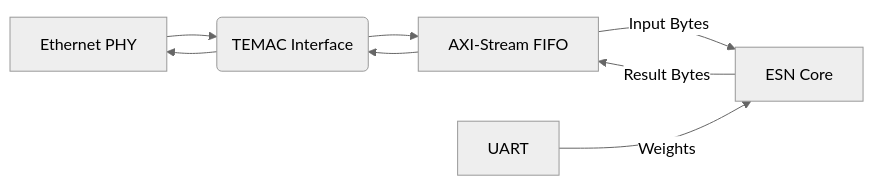
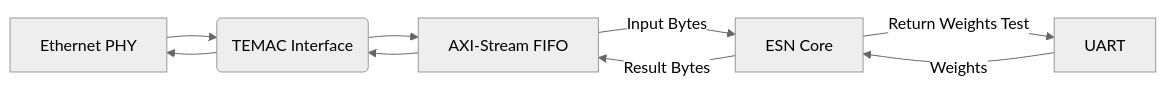
The second of 2 diagrams in README.md (muhammadfarhan720/RNN-MIMO-Ethernet-accelerator), drawn with Mermaid (neutral theme) before and after one commit.

````diff
--- a/README.md
+++ b/README.md
@@ -69,11 +69,11 @@
 ```mermaid
 graph LR
     A[Ethernet PHY] --> B(TEMAC Interface)
     B(TEMAC Interface) --> A[Ethernet PHY]
     B --> C[AXI-Stream FIFO]
     C --> |Input Bytes| D[ESN Core]
     E[UART] -->|Weights| D
- 
+    D -->|Return Weights Test| E
     D -->|Result Bytes| C
     C --> B
 ```
````
